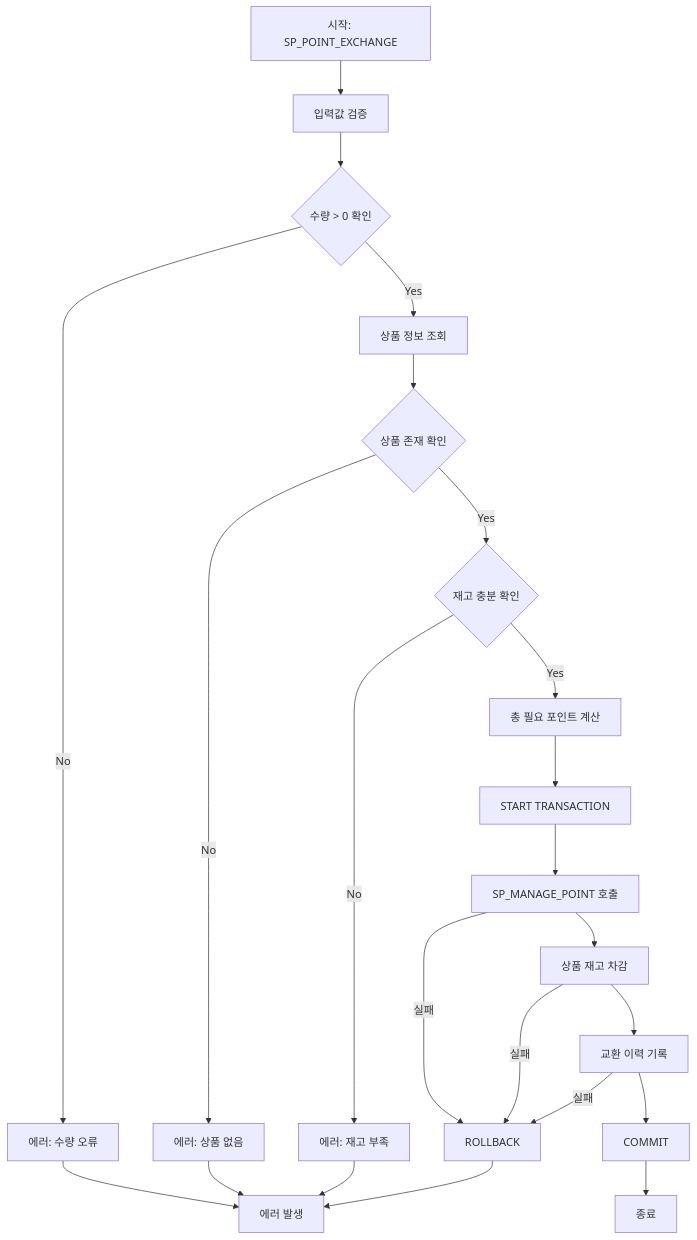
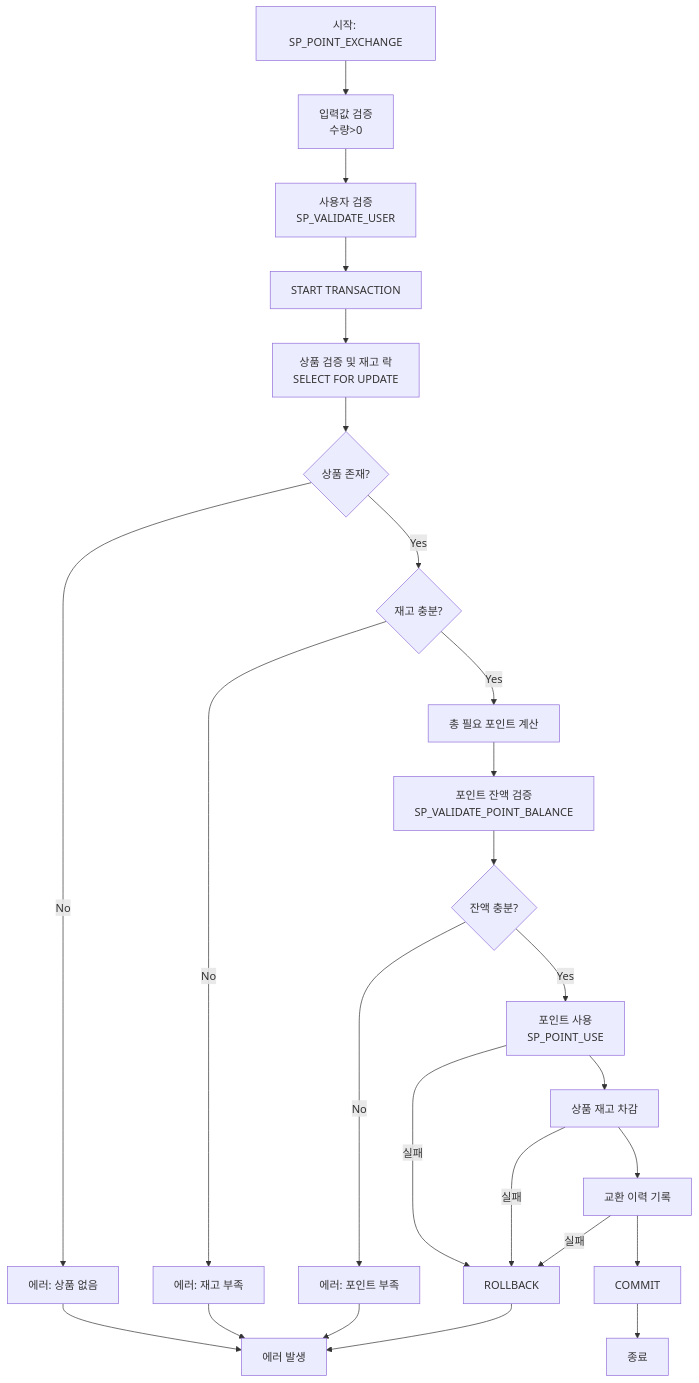
Before and after one commit to DBDIBABIDIBU/be15-1st-DBDIBABDBU-mobile_receipt: the diagram in src/mobile-receipt/point/diagram_point_exchange.md, drawn with Mermaid. The commit also changed 24 other files, not shown here.

Commit message:
hotfix:영수증과 포인트 관련 로직의 중첩 트랜잭션 문제 해결, 기존 파일은 old 폴더에 저장

````diff
--- a/src/mobile-receipt/point/diagram_point_exchange.md
+++ b/src/mobile-receipt/point/diagram_point_exchange.md
@@ -1,31 +1,34 @@
 ```mermaid
 flowchart TD
-    A[시작: SP_POINT_EXCHANGE] --> B[입력값 검증]
-    B --> C{수량 > 0 확인}
-    C -->|No| D[에러: 수량 오류]
-    C -->|Yes| E[상품 정보 조회]
+    A[시작: SP_POINT_EXCHANGE] --> B[입력값 검증<br/>수량>0]
+    B --> C[사용자 검증<br/>SP_VALIDATE_USER]
 
-    E --> F{상품 존재 확인}
+    C --> D[START TRANSACTION]
+
+    D --> E[상품 검증 및 재고 락<br/>SELECT FOR UPDATE]
+    E --> F{상품 존재?}
     F -->|No| G[에러: 상품 없음]
-    F -->|Yes| H{재고 충분 확인}
 
+    F -->|Yes| H{재고 충분?}
     H -->|No| I[에러: 재고 부족]
     H -->|Yes| J[총 필요 포인트 계산]
 
-    %% 트랜잭션 시작
-    J --> K[START TRANSACTION]
-    K --> L[SP_MANAGE_POINT 호출]
-    L --> M[상품 재고 차감]
-    M --> N[교환 이력 기록]
-    N --> O[COMMIT]
-    O --> P[종료]
+    J --> K[포인트 잔액 검증<br/>SP_VALIDATE_POINT_BALANCE]
+    K --> L{잔액 충분?}
+    L -->|No| M[에러: 포인트 부족]
+
+    L -->|Yes| N[포인트 사용<br/>SP_POINT_USE]
+    N --> O[상품 재고 차감]
+    O --> P[교환 이력 기록]
+    P --> Q[COMMIT]
+    Q --> R[종료]
 
     %% 에러 처리
-    D --> Q[에러 발생]
-    G --> Q
-    I --> Q
-    L -->|실패| R[ROLLBACK]
-    M -->|실패| R
-    N -->|실패| R
-    R --> Q
+    G --> S[에러 발생]
+    I --> S
+    M --> S
+    N -->|실패| T[ROLLBACK]
+    O -->|실패| T
+    P -->|실패| T
+    T --> S
 ```
````
